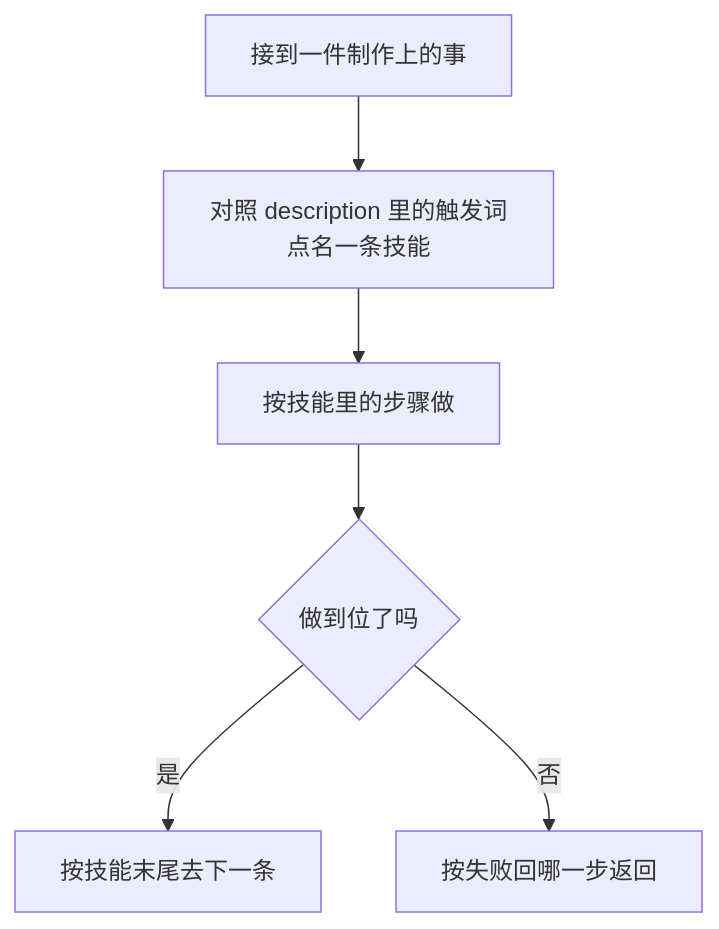
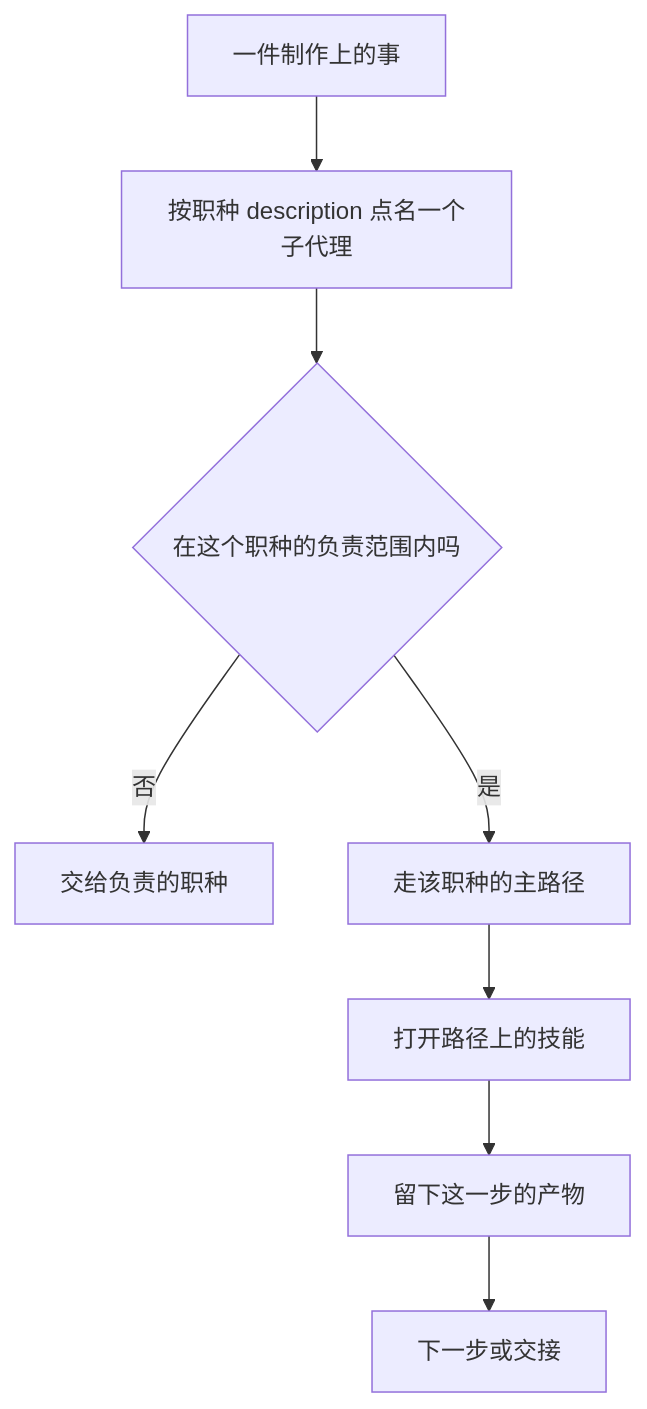
One commit to limoaCatherine/game-studio-skills changed the diagram in README.md. Above: the diagram before and after it, drawn with Mermaid. The commit also changed other lines of this file and 38 other files, not shown here.

````diff
--- a/README.md
+++ b/README.md
@@ -19,8 +19,10 @@
 ```mermaid
 flowchart TD
-  ask[接到一件制作上的事] --> pick[对照 description 里的触发词点名一条技能]
-  pick --> steps[按技能里的步骤做]
-  steps --> done{做到位了吗}
-  done -->|是| next[按技能末尾去下一条]
-  done -->|否| back[按失败回哪一步返回]
+  ask[一件制作上的事] --> role[按职种 description 点名一个子代理]
+  role --> bound{在这个职种的负责范围内吗}
+  bound -->|否| hand[交给负责的职种]
+  bound -->|是| path[走该职种的主路径]
+  path --> skill[打开路径上的技能]
+  skill --> evidence[留下这一步的产物]
+  evidence --> next[下一步或交接]
 ```
````
